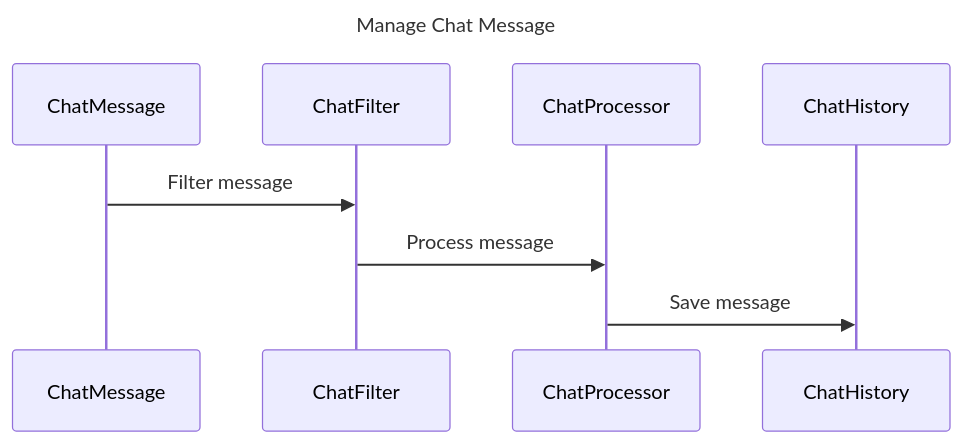
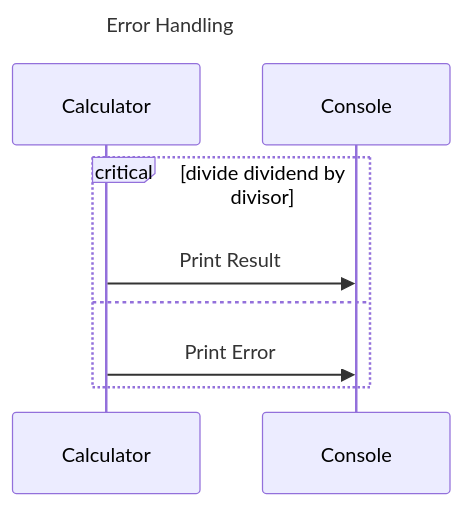
The seventh of 10 diagrams in src/main/templates/methods/example.md (RichardHightower/docgen), drawn with Mermaid before and after one commit. The commit also changed other lines of this file and 14 other files, not shown here.

````diff
--- a/src/main/templates/methods/example.md
+++ b/src/main/templates/methods/example.md
@@ -300,14 +539,17 @@
 ```mermaid
 ---
-title: Manage Chat Message
+title: Error Handling
 ---
 sequenceDiagram
-    participant ChatMessage
-    participant ChatFilter
-    participant ChatProcessor
-    participant ChatHistory
-    
-    ChatMessage->>ChatFilter: Filter message
-    ChatFilter->>ChatProcessor: Process message
-    ChatProcessor->>ChatHistory: Save message
+
+
+    participant Calculator
+    participant Console
+
+
+    critical divide dividend by divisor
+        Calculator->>Console: Print Result    
+    option
+        Calculator->>Console: Print Error
+    end
 ```
````
